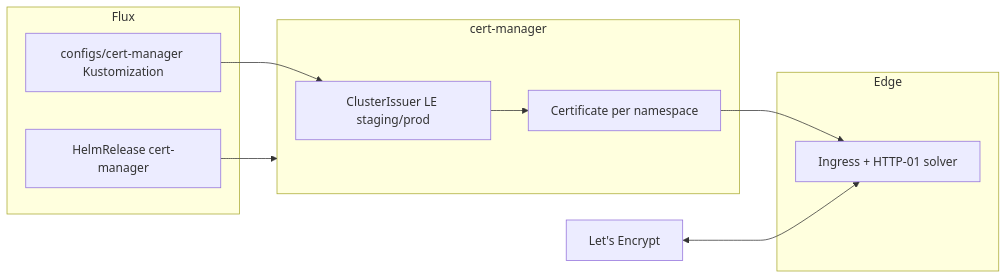
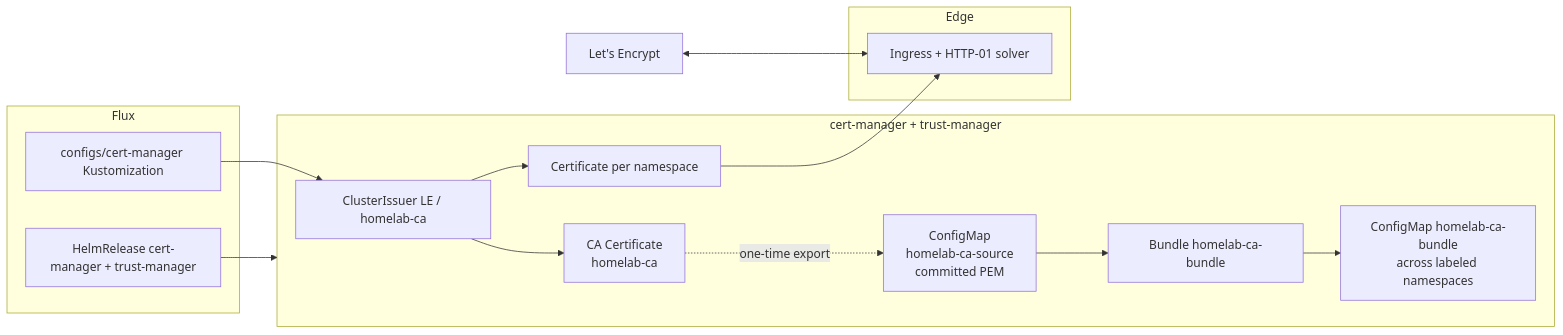
One commit to duynhlab/homelab changed the diagram in docs/platform/cert-manager-flux.md. Above: the diagram before and after it, drawn with Mermaid. The commit also changed other lines of this file and 11 other files, not shown here.

Commit message:
Add trust-manager for CA bundle distribution

````diff
--- a/docs/platform/cert-manager-flux.md
+++ b/docs/platform/cert-manager-flux.md
@@ -23,19 +25,27 @@
 ```mermaid
 flowchart LR
   subgraph flux [Flux]
-    HR[HelmRelease cert-manager]
+    HR[HelmRelease cert-manager + trust-manager]
     K[configs/cert-manager Kustomization]
   end
-  subgraph cm [cert-manager]
-    CI[ClusterIssuer LE staging/prod]
+  subgraph cm [cert-manager + trust-manager]
+    CI[ClusterIssuer LE / homelab-ca]
     C[Certificate per namespace]
+    CA[CA Certificate<br/>homelab-ca]
+    CACOPY[ConfigMap<br/>homelab-ca-source<br/>committed PEM]
+    TM[Bundle homelab-ca-bundle]
+    OUT[ConfigMap homelab-ca-bundle<br/>across labeled namespaces]
   end
   subgraph edge [Edge]
     IG[Ingress + HTTP-01 solver]
   end
   HR --> cm
   K --> CI
   CI --> C
+  CI --> CA
+  CA -. one-time export .-> CACOPY
+  CACOPY --> TM
+  TM --> OUT
   C --> IG
   LE[Let's Encrypt] <--> IG
 ```
````
